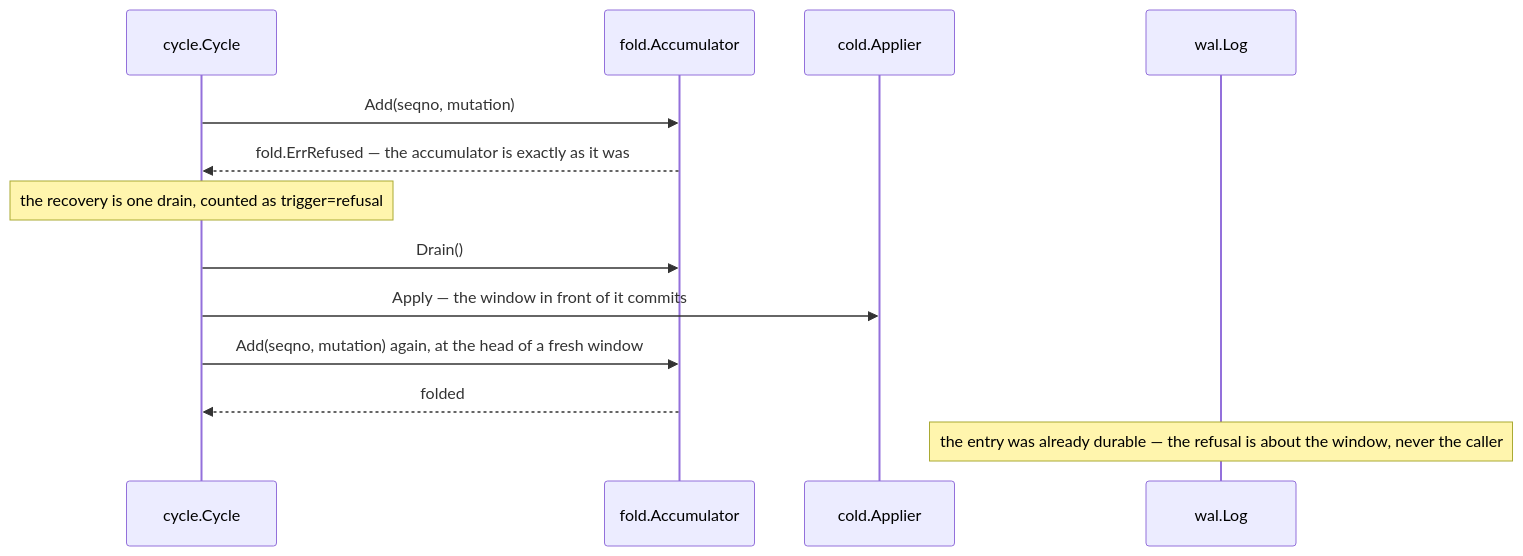
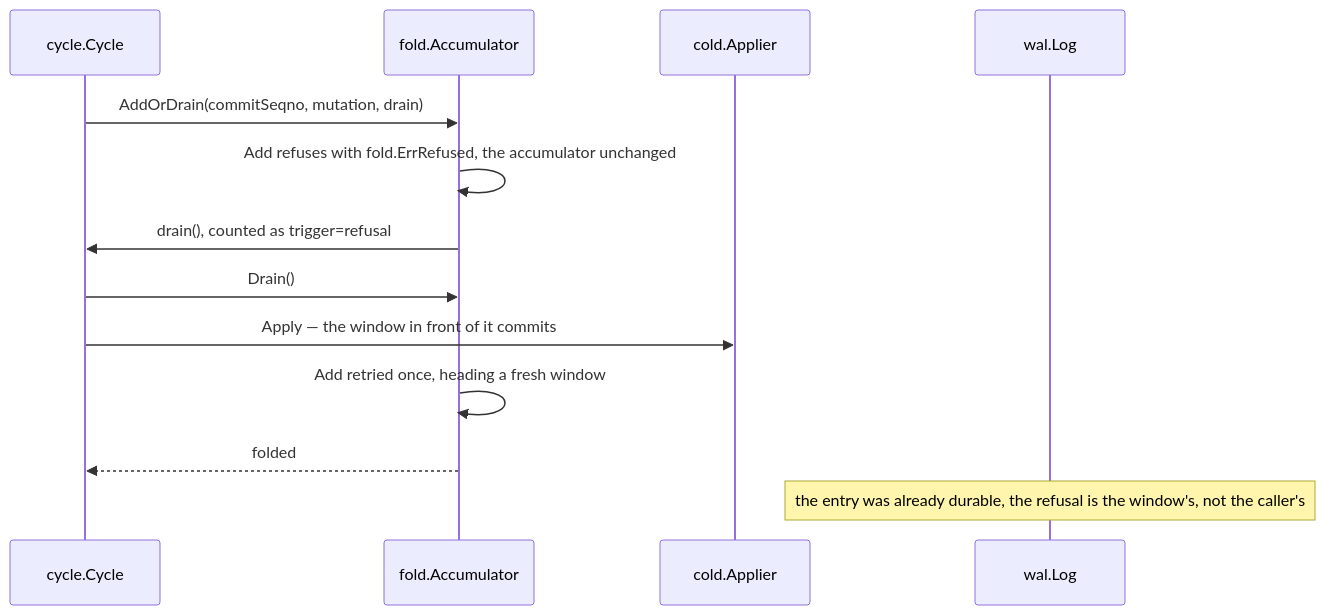
One commit to aromanovich/waltz changed the ninth of 9 diagrams in docs/handbook/05-write-path.md. Above: the diagram before and after it, drawn with Mermaid. The commit also changed other lines of this file and 187 other files, not shown here.

````diff
--- a/docs/handbook/05-write-path.md
+++ b/docs/handbook/05-write-path.md
@@ -609,16 +516,16 @@
 ```mermaid
 sequenceDiagram
   participant CY as cycle.Cycle
   participant ACC as fold.Accumulator
   participant AP as cold.Applier
   participant LOG as wal.Log
 
-  CY->>ACC: Add(seqno, mutation)
-  ACC-->>CY: fold.ErrRefused — the accumulator is exactly as it was
-  Note over CY: the recovery is one drain, counted as trigger=refusal
+  CY->>ACC: AddOrDrain(commitSeqno, mutation, drain)
+  ACC->>ACC: Add refuses with fold.ErrRefused, the accumulator unchanged
+  ACC->>CY: drain(), counted as trigger=refusal
   CY->>ACC: Drain()
   CY->>AP: Apply — the window in front of it commits
-  CY->>ACC: Add(seqno, mutation) again, at the head of a fresh window
+  ACC->>ACC: Add retried once, heading a fresh window
   ACC-->>CY: folded
-  Note over LOG: the entry was already durable — the refusal is about the window, never the caller
+  Note over LOG: the entry was already durable, the refusal is the window's, not the caller's
 ```
````
